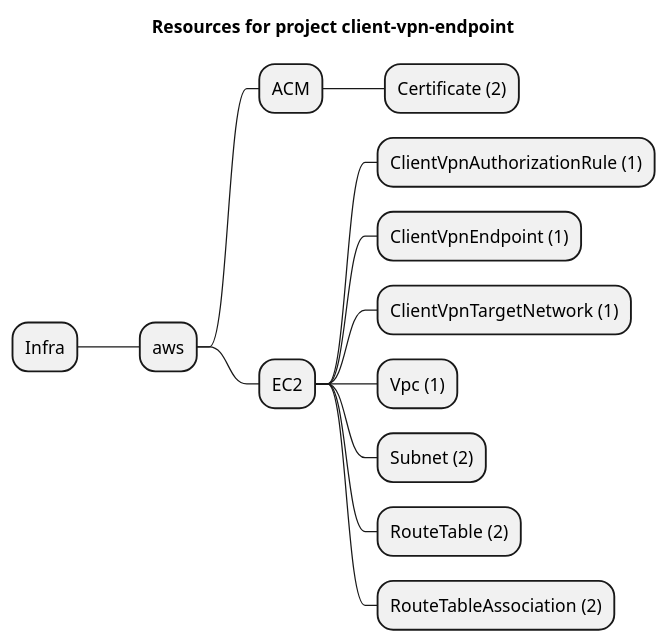
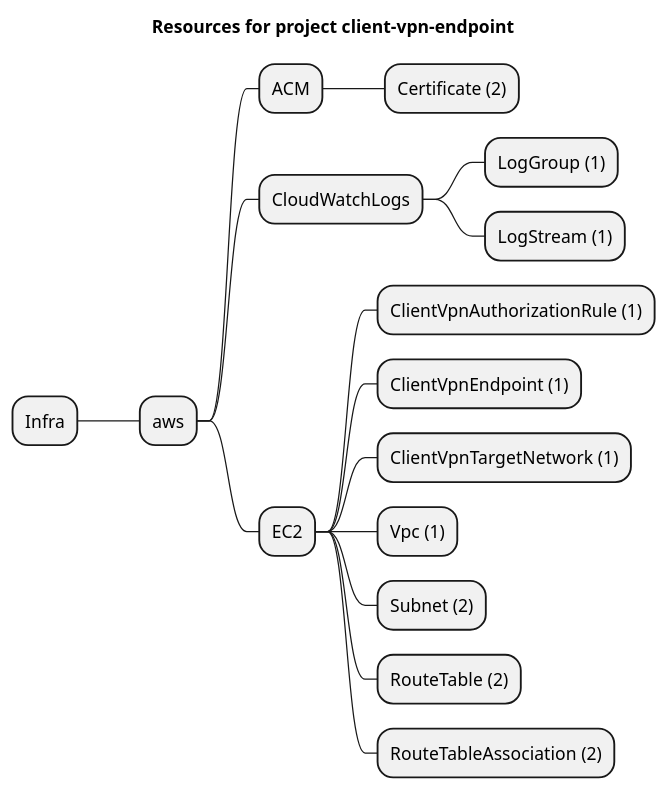
One commit to grucloud/grucloud changed the diagram in examples/aws/EC2/client-vpn-endpoint/artifacts/resources-mindmap.puml. Above: the diagram before and after it, drawn with PlantUML. The commit also changed 49 other files, not shown here.

```diff
--- a/examples/aws/EC2/client-vpn-endpoint/artifacts/resources-mindmap.puml
+++ b/examples/aws/EC2/client-vpn-endpoint/artifacts/resources-mindmap.puml
@@ -1,16 +1,19 @@
 @startmindmap
 title Resources for project client-vpn-endpoint
 skinparam monochrome true
 + Infra
 ++ aws
 +++ ACM
 ++++ Certificate (2)
++++ CloudWatchLogs
+++++ LogGroup (1)
+++++ LogStream (1)
 +++ EC2
 ++++ ClientVpnAuthorizationRule (1)
 ++++ ClientVpnEndpoint (1)
 ++++ ClientVpnTargetNetwork (1)
 ++++ Vpc (1)
 ++++ Subnet (2)
 ++++ RouteTable (2)
 ++++ RouteTableAssociation (2)
 @endmindmap
```
